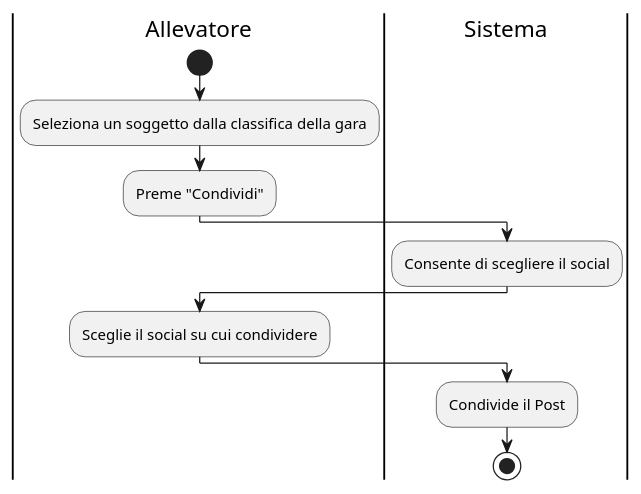
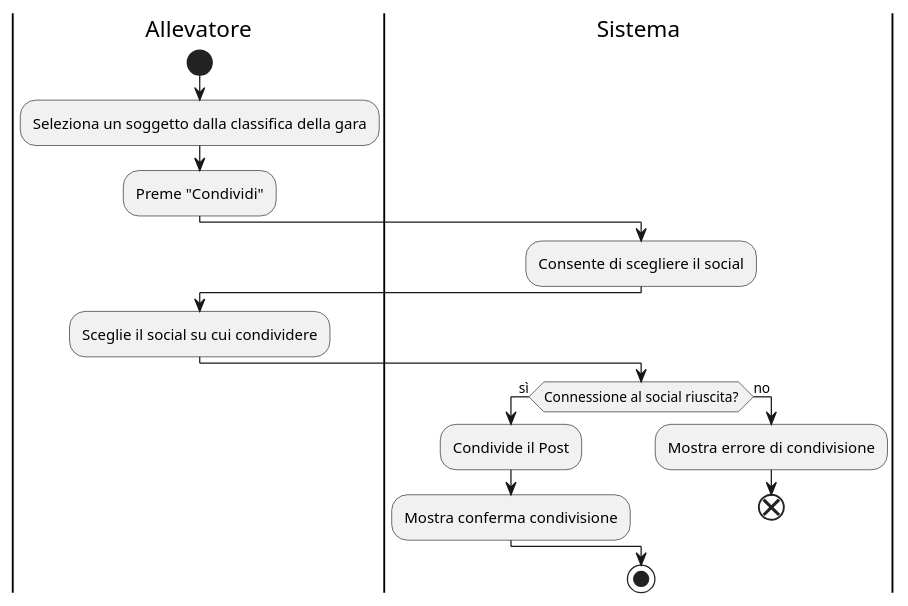
Before and after one commit to cristiancundari/birdbase: diagram 14 of 27 in docs/sezioni/usecases/2_activitydiagrams.md, drawn with PlantUML. The commit also changed other lines of this file and 4 other files, not shown here.

````diff
--- a/docs/sezioni/usecases/2_activitydiagrams.md
+++ b/docs/sezioni/usecases/2_activitydiagrams.md
@@ -307,21 +361,21 @@
 ```plantuml
 @startuml
 |Allevatore|
 start
 :Seleziona un soggetto dalla classifica della gara;
-
-|Allevatore|
 :Preme "Condividi";
-
 |Sistema|
 :Consente di scegliere il social;
-
 |Allevatore|
 :Sceglie il social su cui condividere;
-
 |Sistema|
-:Condivide il Post;
-
+if (Connessione al social riuscita?) then (sì)
+    :Condivide il Post;
+    :Mostra conferma condivisione;
+else (no)
+    :Mostra errore di condivisione;
+    end
+endif
 stop
 @enduml
 ```
````
